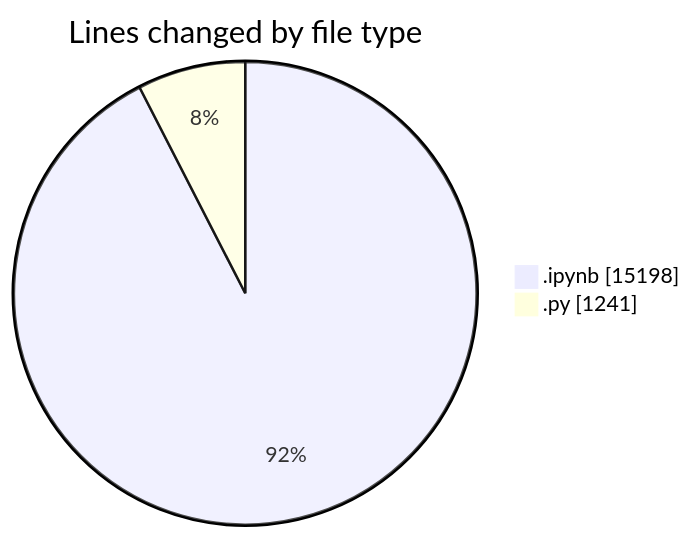
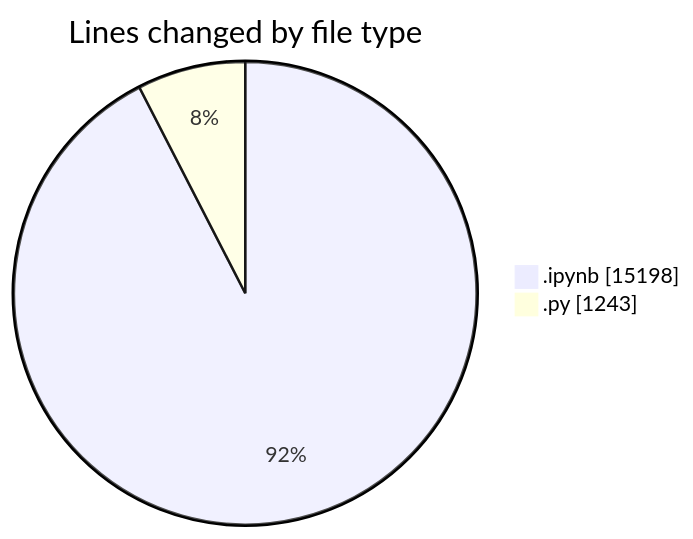
Before and after one commit to MatusMokan/code-tracking: the first of 2 diagrams in 2025-04-10/myws__workspace_/README.md, drawn with Mermaid. The commit also changed other lines of this file and 1 other file, not shown here.

````diff
--- a/2025-04-10/myws__workspace_/README.md
+++ b/2025-04-10/myws__workspace_/README.md
@@ -21,6 +21,6 @@
 ```mermaid
 pie showData
 title Lines changed by file type
 ".ipynb" : 15198
-".py" : 1241
+".py" : 1243
 ```
````
